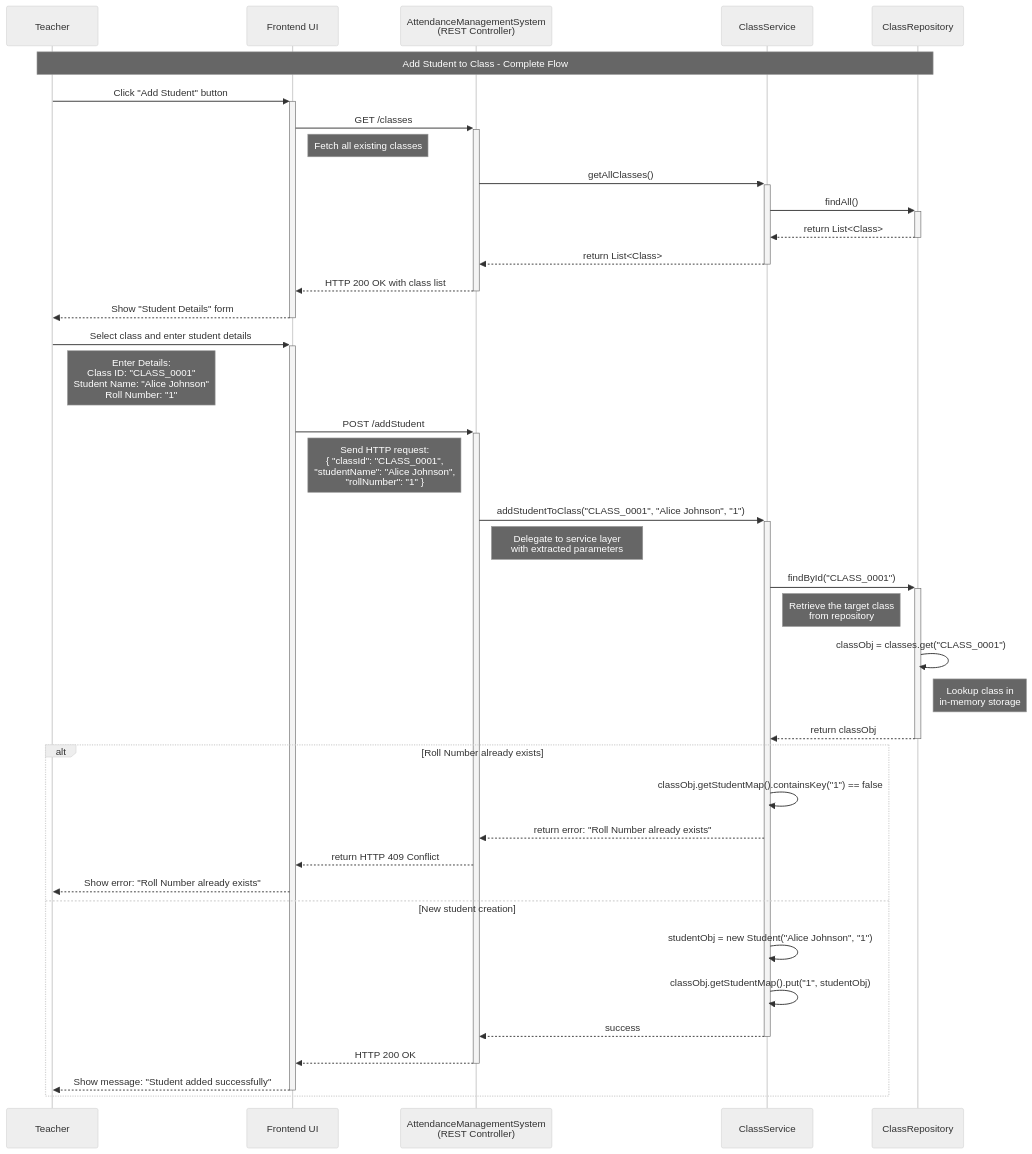
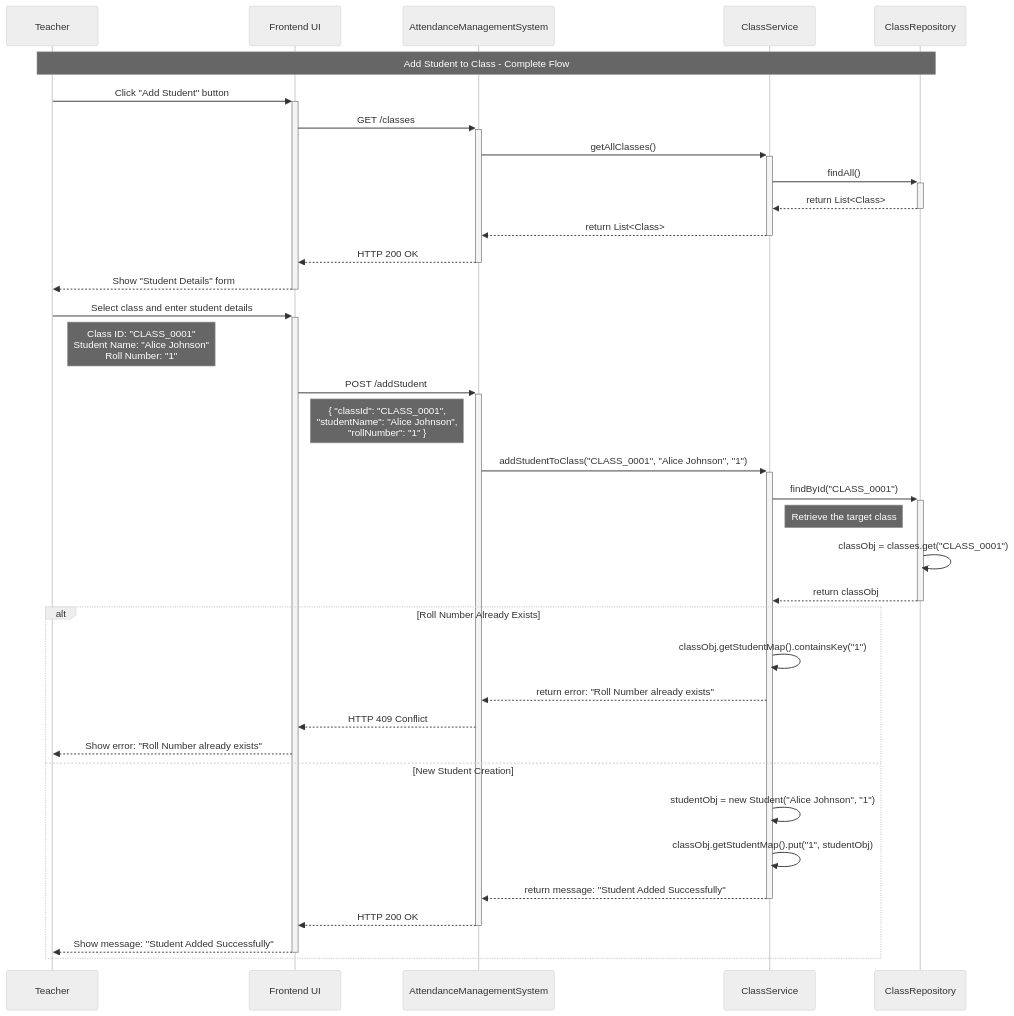
One commit to NishchayAnand/software-engineering changed the second of 2 diagrams in Backend Engineering/Case Studies/Case Study 1. Attendance Management System/2. Sequence Flow.md. Above: the diagram before and after it, drawn with Mermaid (neutral theme). The commit also changed other lines of this file, not shown here.

Commit message:
minor adjustments

````diff
--- a/Backend Engineering/Case Studies/Case Study 1. Attendance Management System/2. Sequence Flow.md
+++ b/Backend Engineering/Case Studies/Case Study 1. Attendance Management System/2. Sequence Flow.md
@@ -79,45 +77,42 @@
 ```mermaid
 sequenceDiagram
 	participant T as Teacher
 	participant UI as Frontend UI
-	participant AMS as AttendanceManagementSystem<br/>(REST Controller)
+	participant AMS as AttendanceManagementSystem
 	participant CS as ClassService
 	participant CR as ClassRepository
 
 	Note over T,CR: Add Student to Class - Complete Flow
 
 	T->>+UI: Click "Add Student" button
 	UI->>+AMS: GET /classes
-	Note right of UI: Fetch all existing classes
 	AMS->>+CS: getAllClasses()
 	CS->>+CR: findAll()
 	CR-->>-CS: return List<Class>
 	CS-->>-AMS: return List<Class>
-	AMS-->>-UI: HTTP 200 OK with class list
+	AMS-->>-UI: HTTP 200 OK
 	UI-->>-T: Show "Student Details" form
 
 	T->>+UI: Select class and enter student details
-	Note right of T: Enter Details:<br/>Class ID: "CLASS_0001"<br/>Student Name: "Alice Johnson" <br/>Roll Number: "1"
+	Note right of T: Class ID: "CLASS_0001"<br/>Student Name: "Alice Johnson" <br/>Roll Number: "1"
 	UI->>+AMS: POST /addStudent
-	Note right of UI: Send HTTP request:<br/>{ "classId": "CLASS_0001",<br/> "studentName": "Alice Johnson",<br/> "rollNumber": "1" }
+	Note right of UI: { "classId": "CLASS_0001",<br/> "studentName": "Alice Johnson",<br/> "rollNumber": "1" }
 	AMS->>+CS: addStudentToClass("CLASS_0001", "Alice Johnson", "1")
-	Note right of AMS: Delegate to service layer<br/>with extracted parameters
 	CS->>+CR: findById("CLASS_0001")
-	Note right of CS: Retrieve the target class<br/>from repository
+	Note right of CS: Retrieve the target class
 	CR->>CR: classObj = classes.get("CLASS_0001")
-	Note right of CR: Lookup class in<br/>in-memory storage
 	CR-->>-CS: return classObj
 
-	alt Roll Number already exists
-		CS->>CS: classObj.getStudentMap().containsKey("1") == false
+	alt Roll Number Already Exists
+		CS->>CS: classObj.getStudentMap().containsKey("1")
 		CS-->>AMS: return error: "Roll Number already exists"
-		AMS-->>UI: return HTTP 409 Conflict
+		AMS-->>UI: HTTP 409 Conflict
 		UI-->>T: Show error: "Roll Number already exists"
-	else New student creation
+	else New Student Creation
 		CS->>CS: studentObj = new Student("Alice Johnson", "1")
 		CS->>CS: classObj.getStudentMap().put("1", studentObj)
-		CS-->>-AMS: success
+		CS-->>-AMS: return message: "Student Added Successfully"
 		AMS-->>-UI: HTTP 200 OK
-		UI-->>-T: Show message: "Student added successfully"
+		UI-->>-T: Show message: "Student Added Successfully"
 	end
 ```
````
